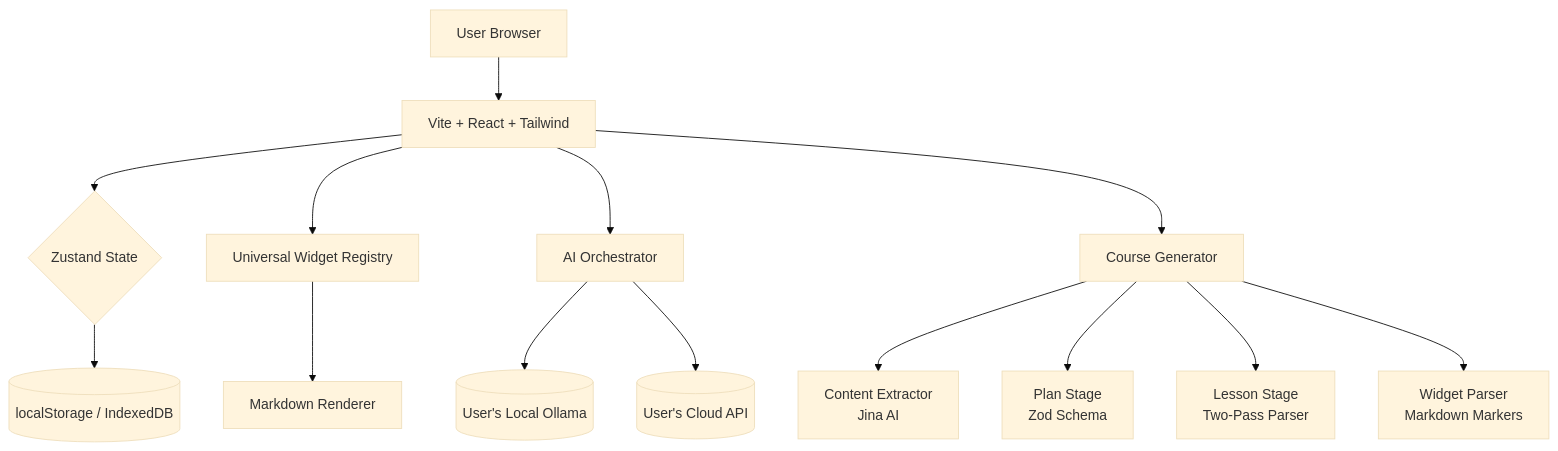
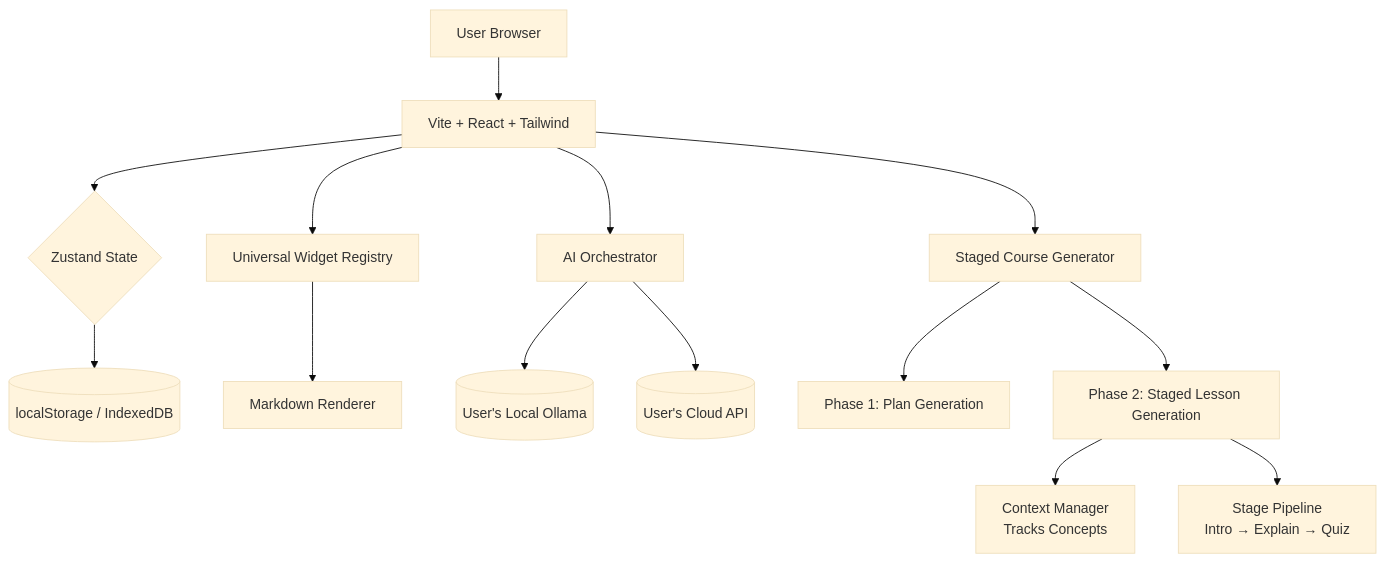
One commit to alshamali-tech/interactive-roadmaps changed the diagram in README.md. Above: the diagram before and after it, drawn with Mermaid (base theme). The commit also changed other lines of this file, not shown here.

````diff
--- a/README.md
+++ b/README.md
@@ -120,16 +99,19 @@
 ```mermaid
 graph TD
     A[User Browser] --> B[Vite + React + Tailwind]
     B --> C{Zustand State}
     C --> D[(localStorage / IndexedDB)]
+    
     B --> E[Universal Widget Registry]
     E --> F[Markdown Renderer]
+    
     B --> G[AI Orchestrator]
     G --> H[(User's Local Ollama)]
     G --> I[(User's Cloud API)]
-    B --> J[Course Generator]
-    J --> K[Content Extractor<br/>Jina AI]
-    J --> L[Plan Stage<br/>Zod Schema]
-    J --> M[Lesson Stage<br/>Two-Pass Parser]
-    J --> N[Widget Parser<br/>Markdown Markers]
+    
+    B --> J[Staged Course Generator]
+    J --> K[Phase 1: Plan Generation]
+    J --> L[Phase 2: Staged Lesson Generation]
+    L --> M[Context Manager<br/>Tracks Concepts]
+    L --> N[Stage Pipeline<br/>Intro → Explain → Quiz]
 ```
````
